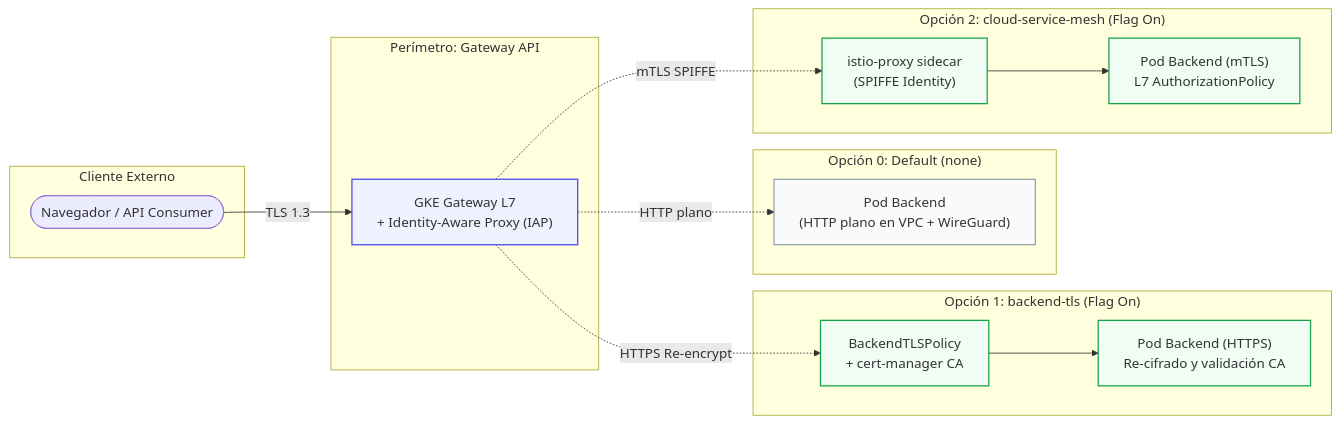
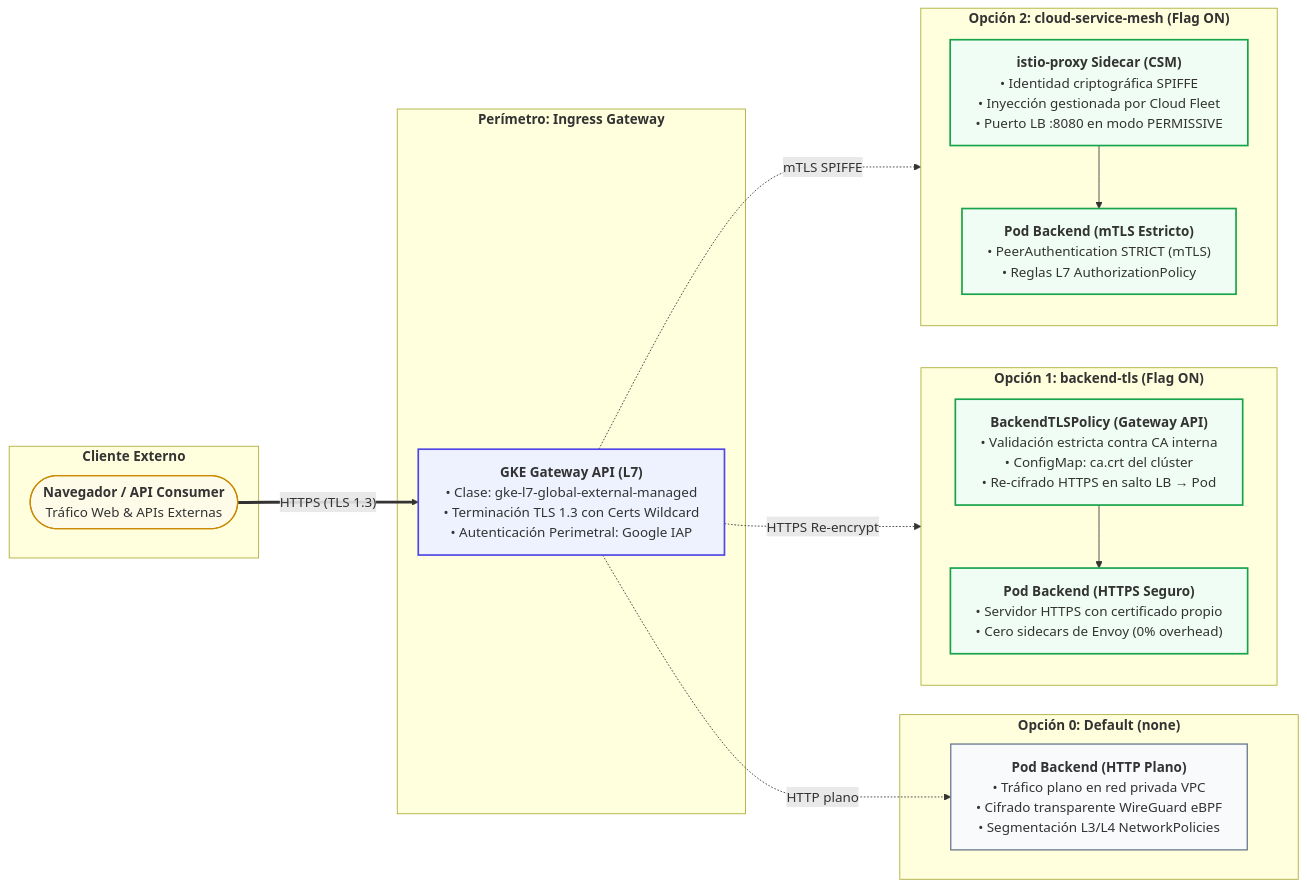
The second of 2 diagrams in LINKEDIN_NEWSLETTER_ES.md (nubenetes/traefik-fqdn-management-poc-openshift-aws), drawn with Mermaid before and after one commit. The commit also changed other lines of this file and 1 other file, not shown here.

Commit message:
docs(newsletter): expand mermaid box dimensions, node padding, and wrapping widths

````diff
--- a/LINKEDIN_NEWSLETTER_ES.md
+++ b/LINKEDIN_NEWSLETTER_ES.md
@@ -239,35 +239,43 @@
 ```mermaid
-%%{init: {"flowchart": {"wrappingWidth": 340, "nodePadding": 24}}}%%
+%%{init: {"flowchart": {"wrappingWidth": 400, "nodePadding": 28, "diagramPadding": 30}}}%%
 flowchart LR
-    subgraph Client["Cliente Externo"]
-      User(["Navegador / API Consumer"])
+    subgraph Client["<b>Cliente Externo</b>"]
+      User(["<b>Navegador / API Consumer</b><br/>Tráfico Web & APIs Externas"])
     end
 
-    subgraph Edge["Perímetro: Gateway API"]
-      GW["GKE Gateway L7<br/>+ Identity-Aware Proxy (IAP)"]
+    subgraph Edge["<b>Perímetro: Ingress Gateway</b>"]
+      GW["<b>GKE Gateway API (L7)</b><br/>• Clase: gke-l7-global-external-managed<br/>• Terminación TLS 1.3 con Certs Wildcard<br/>• Autenticación Perimetral: Google IAP"]
     end
 
-    subgraph Flag0["Opción 0: Default (none)"]
-      Pod0["Pod Backend<br/>(HTTP plano en VPC + WireGuard)"]
+    subgraph Flag0["<b>Opción 0: Default (none)</b>"]
+      Pod0["<b>Pod Backend (HTTP Plano)</b><br/>• Tráfico plano en red privada VPC<br/>• Cifrado transparente WireGuard eBPF<br/>• Segmentación L3/L4 NetworkPolicies"]
     end
 
-    subgraph Flag1["Opción 1: backend-tls (Flag On)"]
-      BTP["BackendTLSPolicy<br/>+ cert-manager CA"] --> Pod1["Pod Backend (HTTPS)<br/>Re-cifrado y validación CA"]
+    subgraph Flag1["<b>Opción 1: backend-tls (Flag ON)</b>"]
+      direction TB
+      BTP["<b>BackendTLSPolicy (Gateway API)</b><br/>• Validación estricta contra CA interna<br/>• ConfigMap: ca.crt del clúster<br/>• Re-cifrado HTTPS en salto LB → Pod"]
+      Pod1["<b>Pod Backend (HTTPS Seguro)</b><br/>• Servidor HTTPS con certificado propio<br/>• Cero sidecars de Envoy (0% overhead)"]
+      BTP --> Pod1
     end
 
-    subgraph Flag2["Opción 2: cloud-service-mesh (Flag On)"]
-      Proxy["istio-proxy sidecar<br/>(SPIFFE Identity)"] --> Pod2["Pod Backend (mTLS)<br/>L7 AuthorizationPolicy"]
+    subgraph Flag2["<b>Opción 2: cloud-service-mesh (Flag ON)</b>"]
+      direction TB
+      Proxy["<b>istio-proxy Sidecar (CSM)</b><br/>• Identidad criptográfica SPIFFE<br/>• Inyección gestionada por Cloud Fleet<br/>• Puerto LB :8080 en modo PERMISSIVE"]
+      Pod2["<b>Pod Backend (mTLS Estricto)</b><br/>• PeerAuthentication STRICT (mTLS)<br/>• Reglas L7 AuthorizationPolicy"]
+      Proxy --> Pod2
     end
 
-    User -->|"TLS 1.3"| GW
+    User ==>|"HTTPS (TLS 1.3)"| GW
     GW -.->|"HTTP plano"| Pod0
     GW -.->|"HTTPS Re-encrypt"| BTP
     GW -.->|"mTLS SPIFFE"| Proxy
 
-    classDef edge fill:#eef2ff,stroke:#4f46e5,stroke-width:1.5px;
-    classDef opt fill:#f8fafc,stroke:#64748b,stroke-width:1px;
-    classDef secure fill:#f0fdf4,stroke:#16a34a,stroke-width:1.5px;
+    classDef edge fill:#eef2ff,stroke:#4f46e5,stroke-width:2px;
+    classDef opt fill:#f8fafc,stroke:#64748b,stroke-width:1.5px;
+    classDef secure fill:#f0fdf4,stroke:#16a34a,stroke-width:2px;
+    classDef user fill:#fefce8,stroke:#ca8a04,stroke-width:1.5px;
     class GW edge;
     class Pod0 opt;
     class BTP,Pod1,Proxy,Pod2 secure;
+    class User user;
 ```
````
